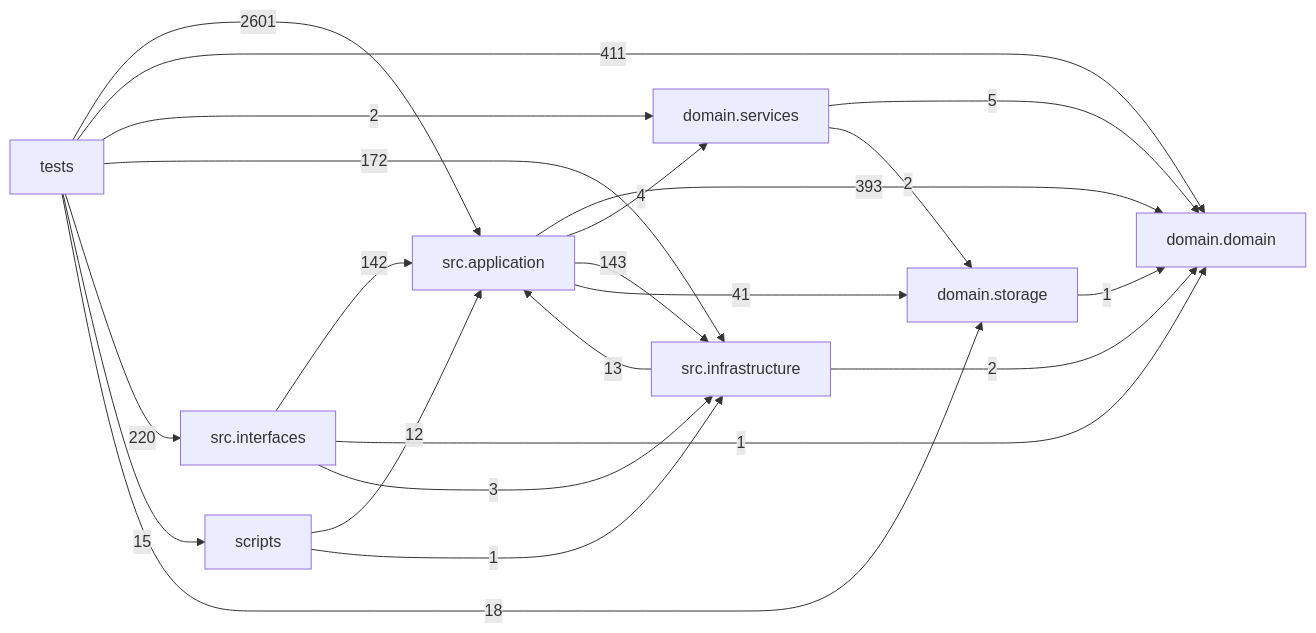
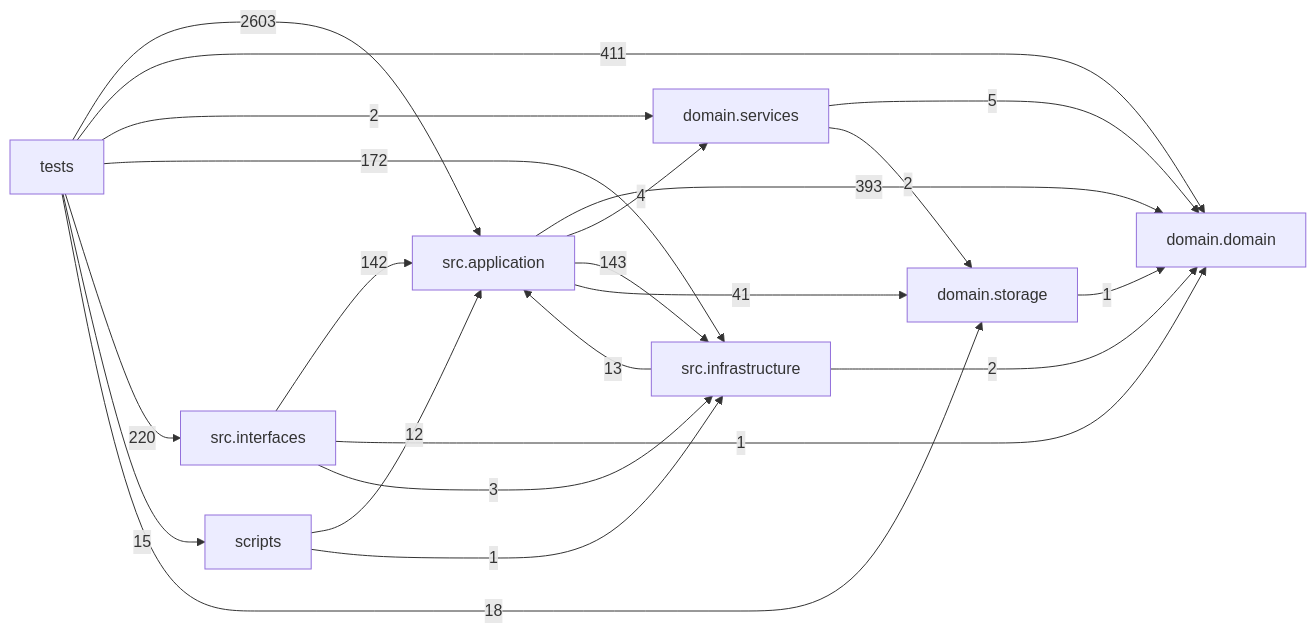
One commit to liuxie066/options-monitor changed the diagram in docs/DEPENDENCY_GRAPH.md. Above: the diagram before and after it, drawn with Mermaid. The commit also changed other lines of this file and 6 other files, not shown here.

````diff
--- a/docs/DEPENDENCY_GRAPH.md
+++ b/docs/DEPENDENCY_GRAPH.md
@@ -24,32 +24,32 @@
 ```mermaid
 flowchart LR
   tests["tests"]
   scripts["scripts"]
   interfaces["src.interfaces"]
   application["src.application"]
   infrastructure["src.infrastructure"]
   domain_services["domain.services"]
   domain["domain.domain"]
   storage["domain.storage"]
   application -->|393| domain
   application -->|4| domain_services
   application -->|143| infrastructure
   application -->|41| storage
   domain_services -->|5| domain
   domain_services -->|2| storage
   infrastructure -->|13| application
   infrastructure -->|2| domain
   interfaces -->|142| application
   interfaces -->|1| domain
   interfaces -->|3| infrastructure
   scripts -->|12| application
   scripts -->|1| infrastructure
   storage -->|1| domain
-  tests -->|2601| application
+  tests -->|2603| application
   tests -->|411| domain
   tests -->|2| domain_services
   tests -->|172| infrastructure
   tests -->|220| interfaces
   tests -->|15| scripts
   tests -->|18| storage
 ```
````
